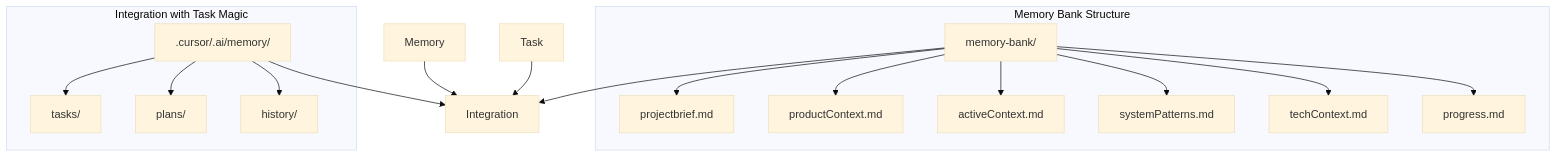
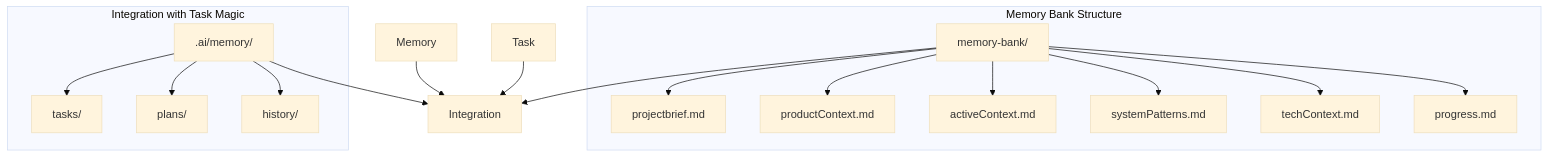
The third of 12 diagrams in .cursor/rules/memory-bank.mdc (louisfghbvc/coverity-agent), drawn with Mermaid (base theme) before and after one commit. The commit also changed other lines of this file and 5 other files, not shown here.

````diff
--- a/.cursor/rules/memory-bank.mdc
+++ b/.cursor/rules/memory-bank.mdc
@@ -209,35 +209,35 @@
 ```mermaid
 flowchart TD
     subgraph "Memory Bank Structure"
         MB[memory-bank/]
         PB[projectbrief.md]
         PC[productContext.md]
         AC[activeContext.md]
         SP[systemPatterns.md]
         TC[techContext.md]
         PR[progress.md]
         
         MB --> PB
         MB --> PC
         MB --> AC
         MB --> SP
         MB --> TC
         MB --> PR
     end
     
     subgraph "Integration with Task Magic"
-        TM[.cursor/.ai/memory/]
+        TM[.ai/memory/]
         TMT[tasks/]
         TMP[plans/]
         TMM[history/]
         
         TM --> TMT
         TM --> TMP
         TM --> TMM
     end
     
     Memory --> Integration
     Task --> Integration
     MB --> Integration
     TM --> Integration
 ```
````
